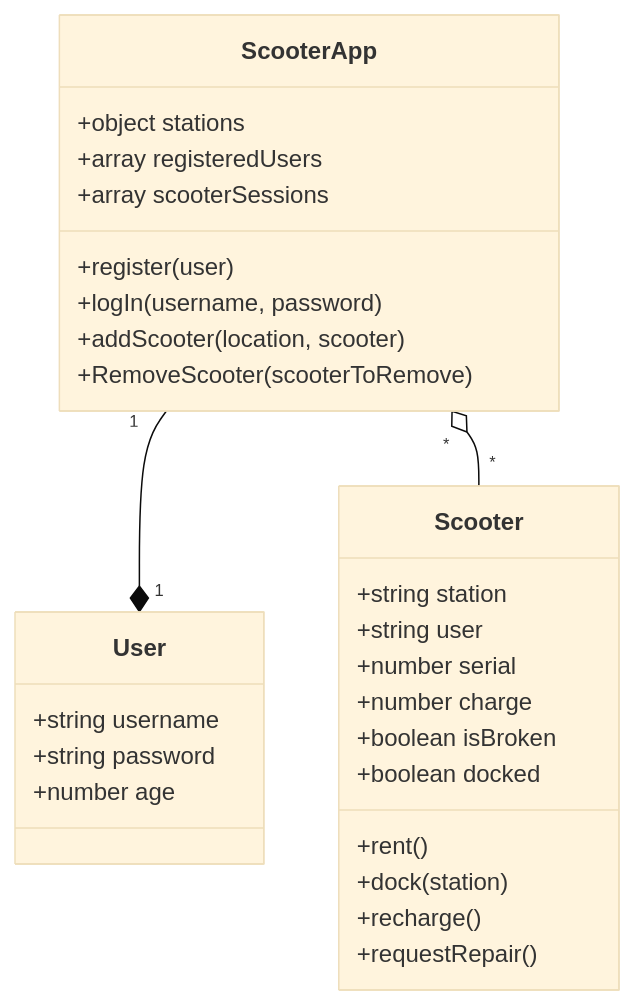
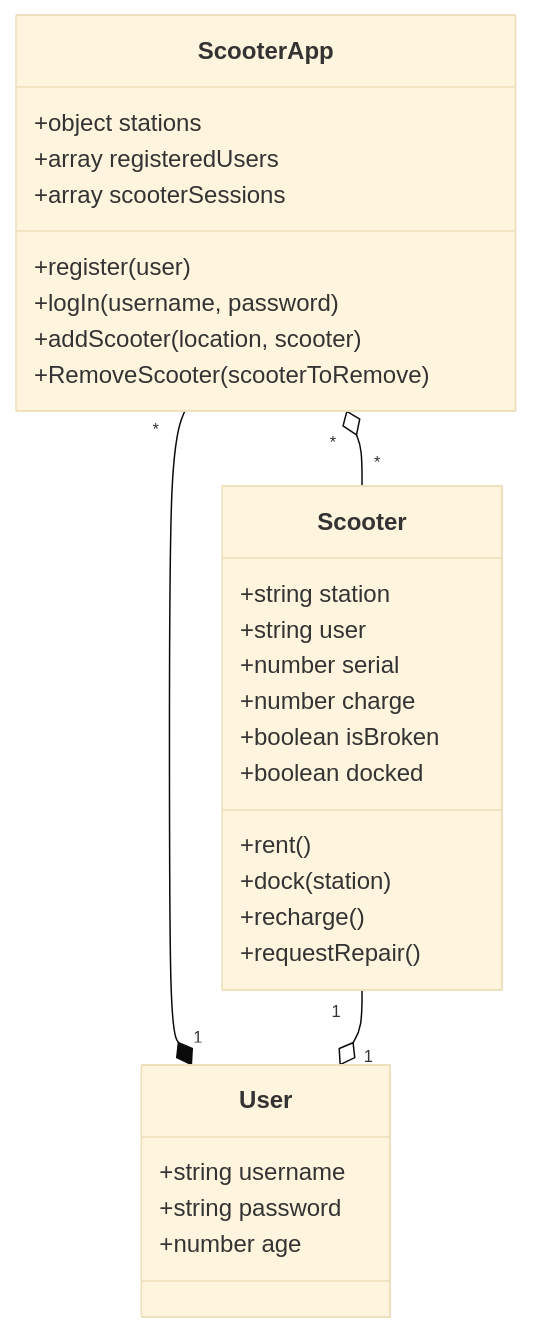
Before and after one commit to logiflo/scooter-project: the diagram in UML/classDiagram.mmd, drawn with Mermaid (base theme). The commit also changed 2 other files, not shown here.

```diff
--- a/UML/classDiagram.mmd
+++ b/UML/classDiagram.mmd
@@ -1,32 +1,33 @@
 classDiagram
-    ScooterApp "1" --* "1" User
+    ScooterApp "*" --* "1" User
     ScooterApp "*" o-- "*" Scooter
+    Scooter "1" --o "1" User
 
     class Scooter {
         +string station
         +string user
         +number serial
         +number charge
         +boolean isBroken
         +boolean docked
         +rent()
         +dock(station)
         +recharge()
         +requestRepair()
     }
 
     class User {
         +string username
         +string password
         +number age
     }
 
     class ScooterApp {
         +object stations
         +array registeredUsers
         +array scooterSessions
         +register(user)
         +logIn(username, password)
         +addScooter(location, scooter)
         +RemoveScooter(scooterToRemove)
     }
```
